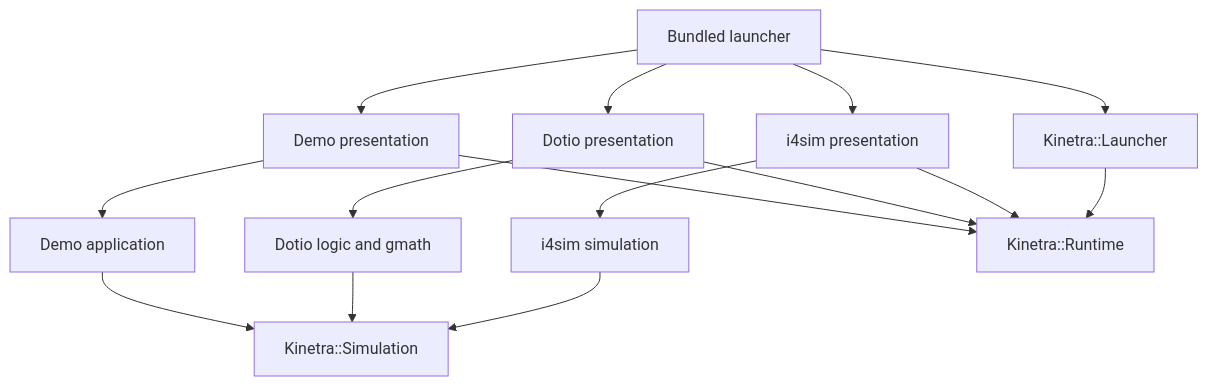
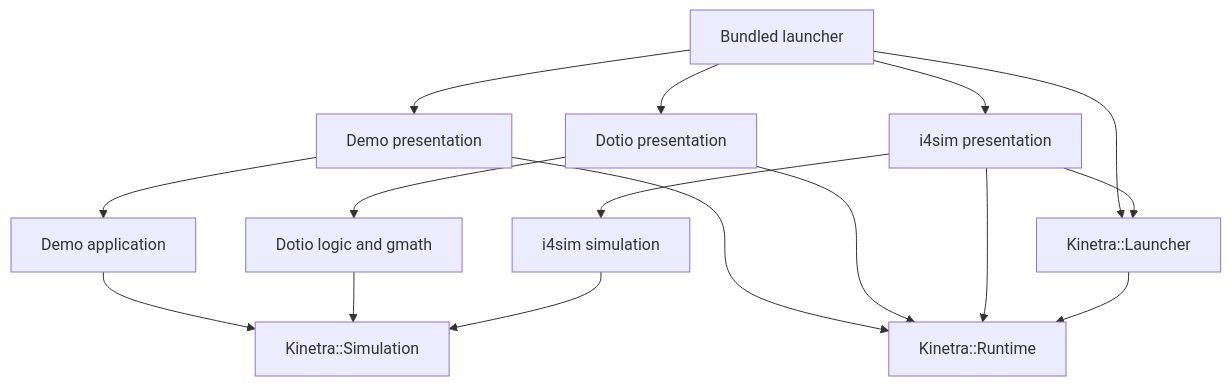
The diagram in README.md (SMB-M87/Kinetra-Lab), drawn with Mermaid before and after one commit. The commit also changed other lines of this file and 1 other file, not shown here.

````diff
--- a/README.md
+++ b/README.md
@@ -24,17 +24,18 @@
 ```mermaid
 flowchart TD
     Launcher["Bundled launcher"] --> Demo["Demo presentation"]
     Launcher --> Dotio["Dotio presentation"]
     Launcher --> Factory["i4sim presentation"]
     Launcher --> Host["Kinetra::Launcher"]
+    Factory --> Host
     Demo --> DemoLogic["Demo application"]
     Dotio --> DotioLogic["Dotio logic and gmath"]
     Factory --> FactoryLogic["i4sim simulation"]
     DemoLogic --> Simulation["Kinetra::Simulation"]
     DotioLogic --> Simulation
     FactoryLogic --> Simulation
     Demo --> Runtime["Kinetra::Runtime"]
     Dotio --> Runtime
     Factory --> Runtime
     Host --> Runtime
 ```
````
